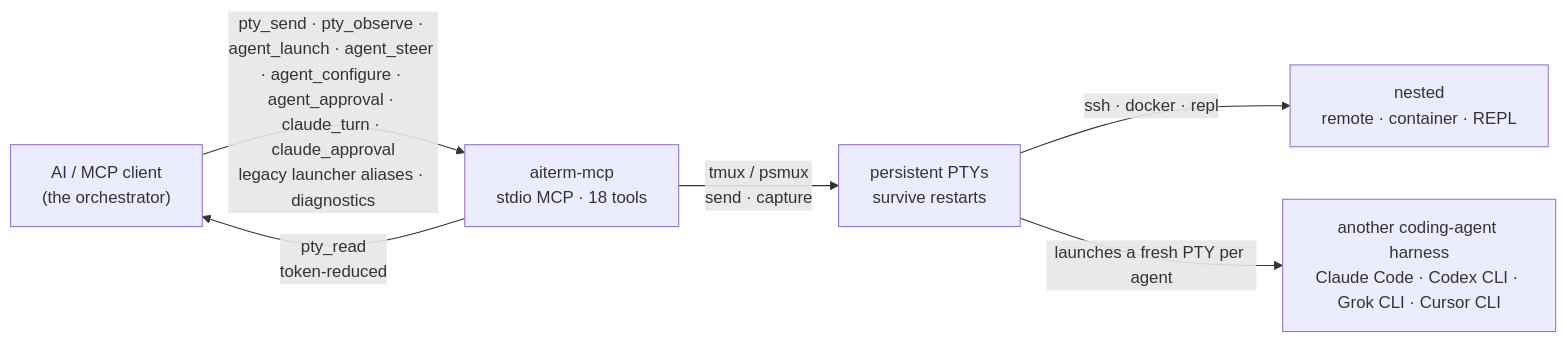
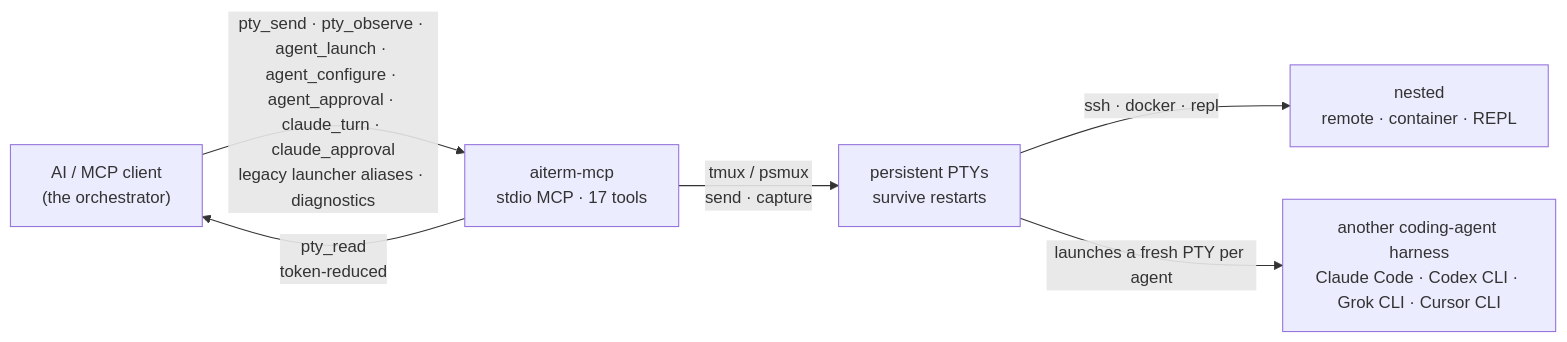
Before and after one commit to kitepon/aiterm-mcp: the diagram in README.md, drawn with Mermaid. The commit also changed other lines of this file and 12 other files, not shown here.

````diff
--- a/README.md
+++ b/README.md
@@ -433,8 +433,8 @@
 ```mermaid
 flowchart LR
-    AI["AI / MCP client<br/>(the orchestrator)"] -->|"pty_send · pty_observe · agent_launch · agent_steer · agent_configure · agent_approval · claude_turn · claude_approval<br/>legacy launcher aliases · diagnostics"| S["aiterm-mcp<br/>stdio MCP · 18 tools"]
+    AI["AI / MCP client<br/>(the orchestrator)"] -->|"pty_send · pty_observe · agent_launch · agent_configure · agent_approval · claude_turn · claude_approval<br/>legacy launcher aliases · diagnostics"| S["aiterm-mcp<br/>stdio MCP · 17 tools"]
     S -->|"pty_read<br/>token-reduced"| AI
     S -->|"tmux / psmux<br/>send · capture"| P["persistent PTYs<br/>survive restarts"]
     P -->|"ssh · docker · repl"| R["nested<br/>remote · container · REPL"]
     P -->|"launches a fresh PTY per agent"| A["another coding-agent harness<br/>Claude Code · Codex CLI · Grok CLI · Cursor CLI"]
 ```
````
